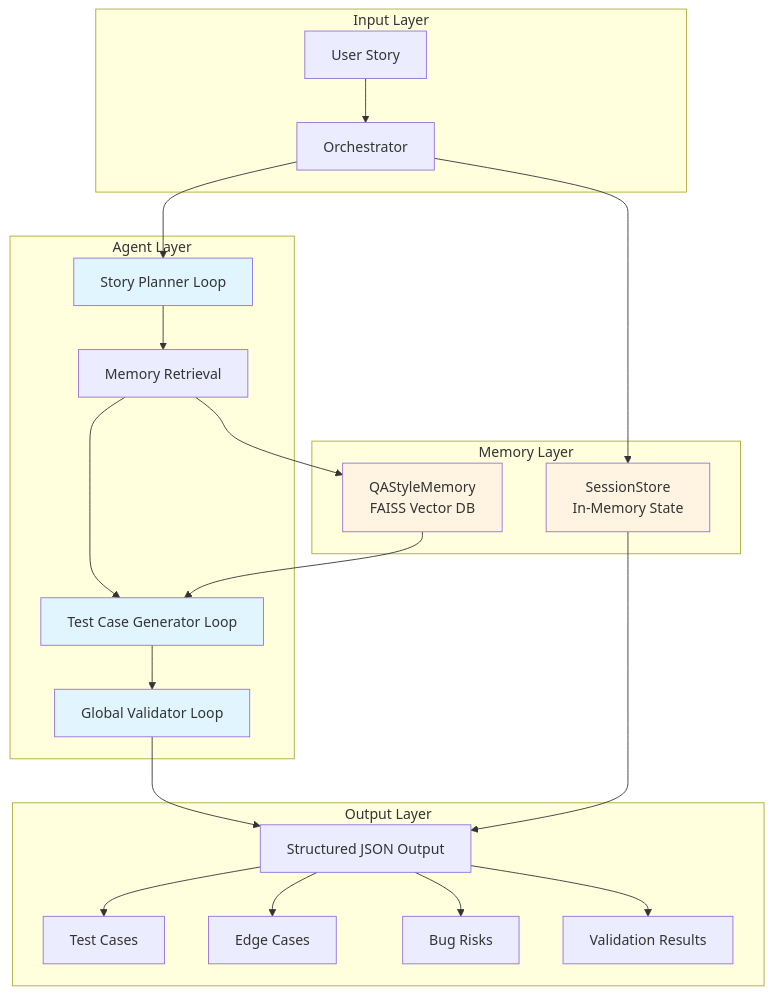
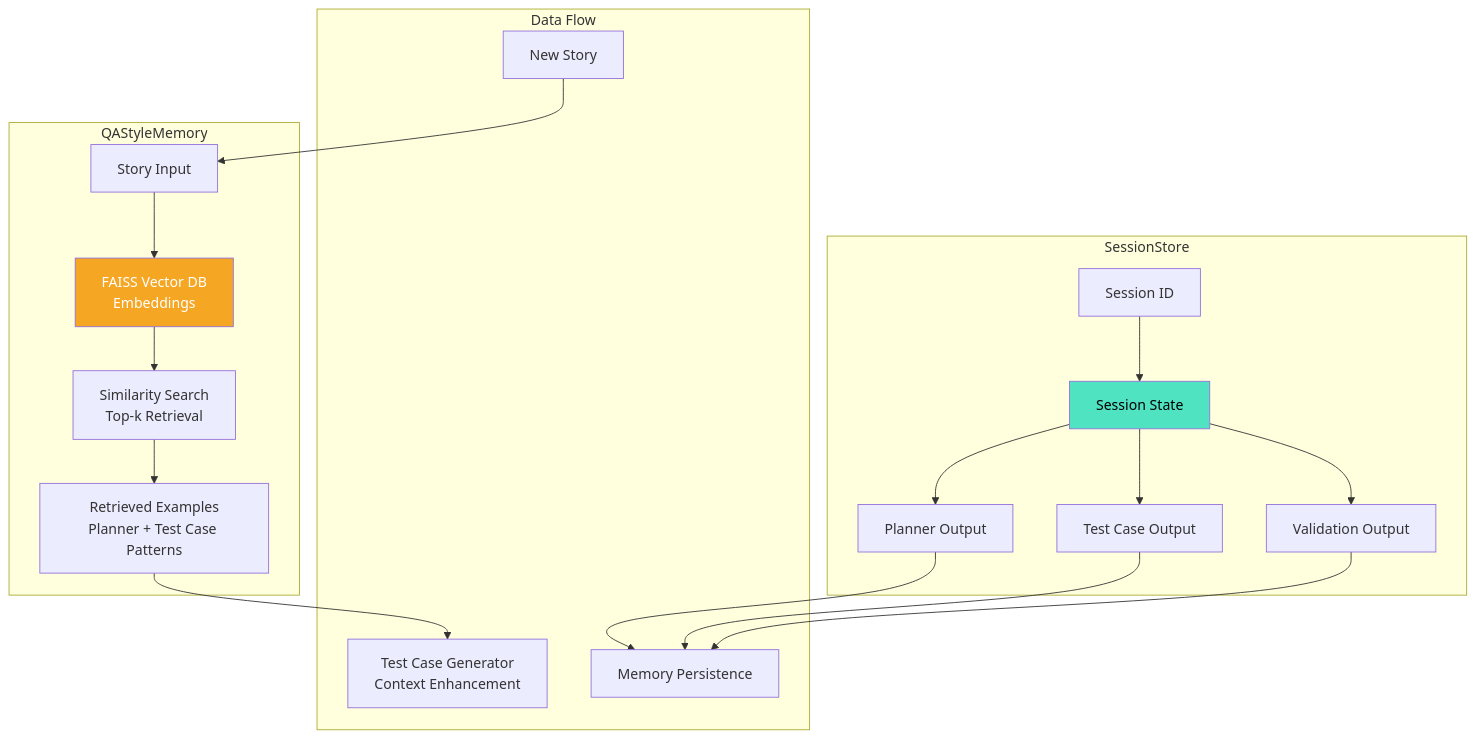
Before and after one commit to MhussainD4772/Capstone-Project-Agentic-AI-: the fourth of 5 diagrams in README.md, drawn with Mermaid. The commit also changed other lines of this file, not shown here.

First line of the commit message:
docs: Complete README rewrite with all components and diagrams

````diff
--- a/README.md
+++ b/README.md
@@ -32,36 +154,26 @@
 ```mermaid
 graph TB
-    subgraph "Input Layer"
-        A[User Story] --> B[Orchestrator]
+    subgraph "QAStyleMemory"
+        A[Story Input] --> B[FAISS Vector DB<br/>Embeddings]
+        B --> C[Similarity Search<br/>Top-k Retrieval]
+        C --> D[Retrieved Examples<br/>Planner + Test Case Patterns]
     end
     
-    subgraph "Agent Layer"
-        B --> C[Story Planner Loop]
-        C --> D[Memory Retrieval]
-        D --> E[Test Case Generator Loop]
-        E --> F[Global Validator Loop]
+    subgraph "SessionStore"
+        E[Session ID] --> F[Session State]
+        F --> G[Planner Output]
+        F --> H[Test Case Output]
+        F --> I[Validation Output]
     end
     
-    subgraph "Memory Layer"
-        D --> G[QAStyleMemory<br/>FAISS Vector DB]
-        H[SessionStore<br/>In-Memory State]
+    subgraph "Data Flow"
+        J[New Story] --> A
+        D --> K[Test Case Generator<br/>Context Enhancement]
+        G --> L[Memory Persistence]
+        H --> L
+        I --> L
     end
     
-    subgraph "Output Layer"
-        F --> I[Structured JSON Output]
-        I --> J[Test Cases]
-        I --> K[Edge Cases]
-        I --> L[Bug Risks]
-        I --> M[Validation Results]
-    end
-    
-    B --> H
-    G --> E
-    H --> I
-    
-    style C fill:#e1f5ff
-    style E fill:#e1f5ff
-    style F fill:#e1f5ff
-    style G fill:#fff4e1
-    style H fill:#fff4e1
+    style B fill:#F5A623,color:#fff
+    style F fill:#50E3C2,color:#000
 ```
````
